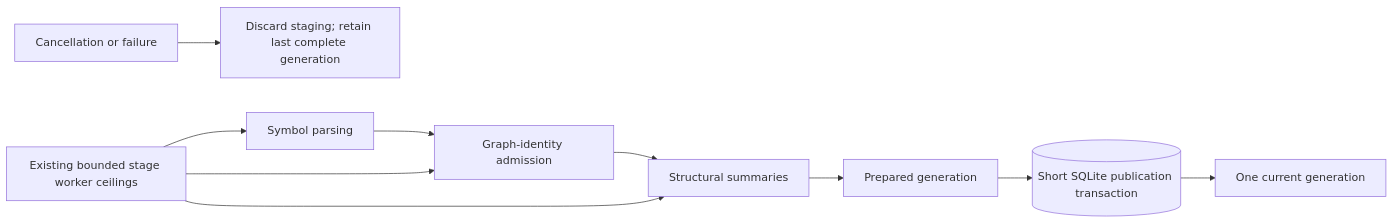
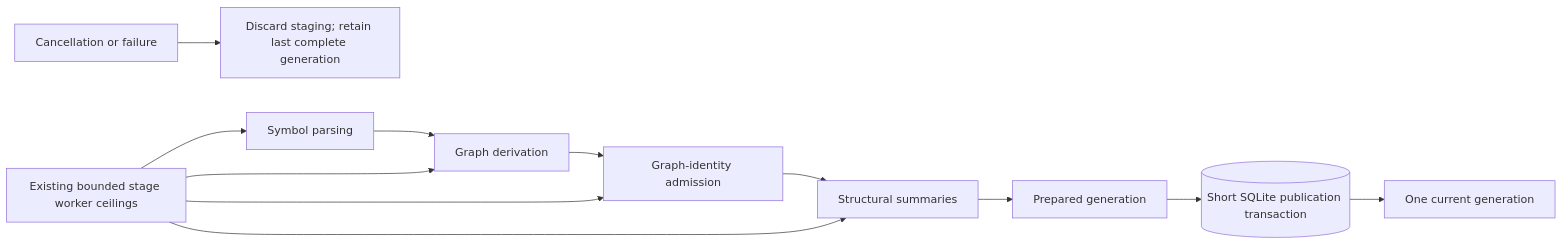
The fifth of 28 diagrams in docs/v050-release-architecture.md (styler-ai/ProjectAtlas), drawn with Mermaid before and after one commit. The commit also changed other lines of this file and 6 other files, not shown here.

````diff
--- a/docs/v050-release-architecture.md
+++ b/docs/v050-release-architecture.md
@@ -72,12 +72,14 @@
 ```mermaid
 flowchart LR
     budget[Existing bounded stage worker ceilings] --> parse[Symbol parsing]
+    budget --> derive[Graph derivation]
     budget --> admission[Graph-identity admission]
     budget --> summaries[Structural summaries]
-    parse --> admission
+    parse --> derive
+    derive --> admission
     admission --> summaries
     summaries --> staged[Prepared generation]
     staged --> tx[(Short SQLite publication transaction)]
     tx --> current[One current generation]
     cancel[Cancellation or failure] --> cleanup[Discard staging; retain last complete generation]
 ```
````
